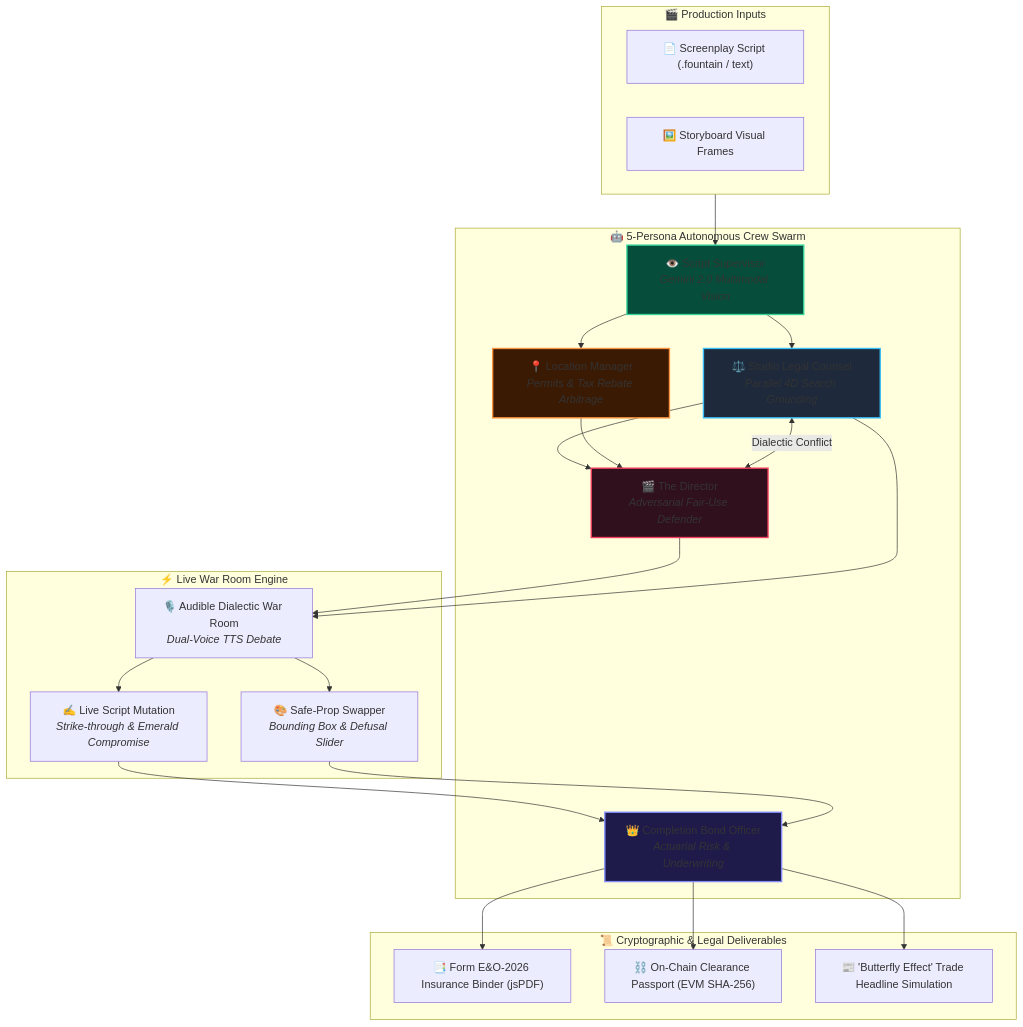
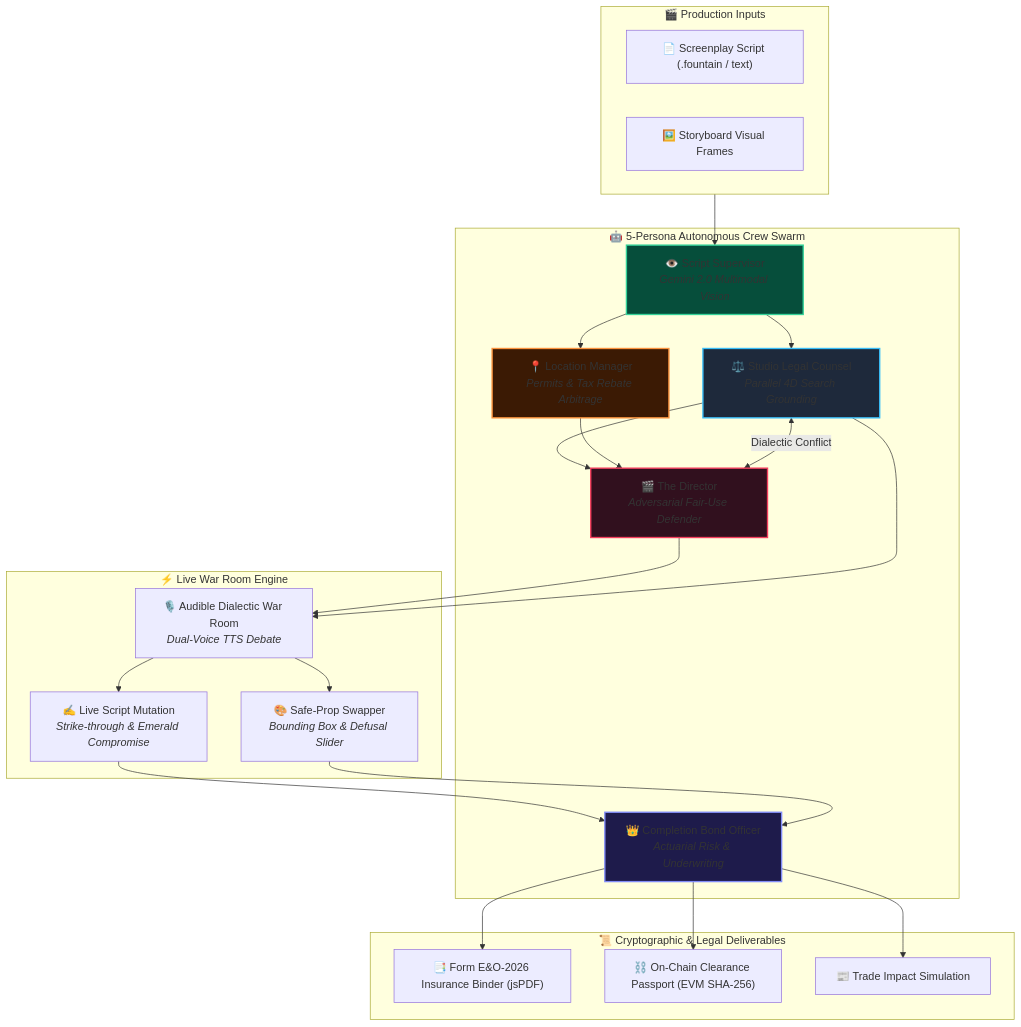
Before and after one commit to miracles2motion/deepclear-studio: the diagram in README.md, drawn with Mermaid. The commit also changed other lines of this file and 2 other files, not shown here.

````diff
--- a/README.md
+++ b/README.md
@@ -26,42 +26,42 @@
 ```mermaid
 flowchart TD
     subgraph Inputs["🎬 Production Inputs"]
         SC["📄 Screenplay Script (.fountain / text)"]
         SB["🖼️ Storyboard Visual Frames"]
     end
 
     subgraph Swarm["🤖 5-Persona Autonomous Crew Swarm"]
         SS["👁️ Script Supervisor<br/><i>Gemini 2.0 Multimodal Vision</i>"]
         LC["⚖️ Studio Legal Counsel<br/><i>Parallel 4D Search Grounding</i>"]
         LM["📍 Location Manager<br/><i>Permits & Tax Rebate Arbitrage</i>"]
         DIR["🎬 The Director<br/><i>Adversarial Fair-Use Defender</i>"]
         CBO["👑 Completion Bond Officer<br/><i>Actuarial Risk & Underwriting</i>"]
     end
 
     subgraph Engine["⚡ Live War Room Engine"]
         WAR["🎙️ Audible Dialectic War Room<br/><i>Dual-Voice TTS Debate</i>"]
         MUT["✍️ Live Script Mutation<br/><i>Strike-through & Emerald Compromise</i>"]
         SWP["🎨 Safe-Prop Swapper<br/><i>Bounding Box & Defusal Slider</i>"]
     end
 
     subgraph Outputs["📜 Cryptographic & Legal Deliverables"]
         PDF["📑 Form E&O-2026 Insurance Binder (jsPDF)"]
         W3["⛓️ On-Chain Clearance Passport (EVM SHA-256)"]
-        HD["📰 'Butterfly Effect' Trade Headline Simulation"]
+        HD["📰 Trade Impact Simulation"]
     end
 
     Inputs --> SS
     SS --> LC & LM
     LC & LM --> DIR
     DIR <-->|Dialectic Conflict| LC
     DIR & LC --> WAR
     WAR --> MUT & SWP
     MUT & SWP --> CBO
     CBO --> PDF & W3 & HD
 
     style CBO fill:#1e1b4b,stroke:#818cf8,stroke-width:2px
     style LC fill:#1e293b,stroke:#38bdf8,stroke-width:2px
     style DIR fill:#31101e,stroke:#f43f5e,stroke-width:2px
     style SS fill:#064e3b,stroke:#34d399,stroke-width:2px
     style LM fill:#3b1a04,stroke:#fb923c,stroke-width:2px
 ```
````
